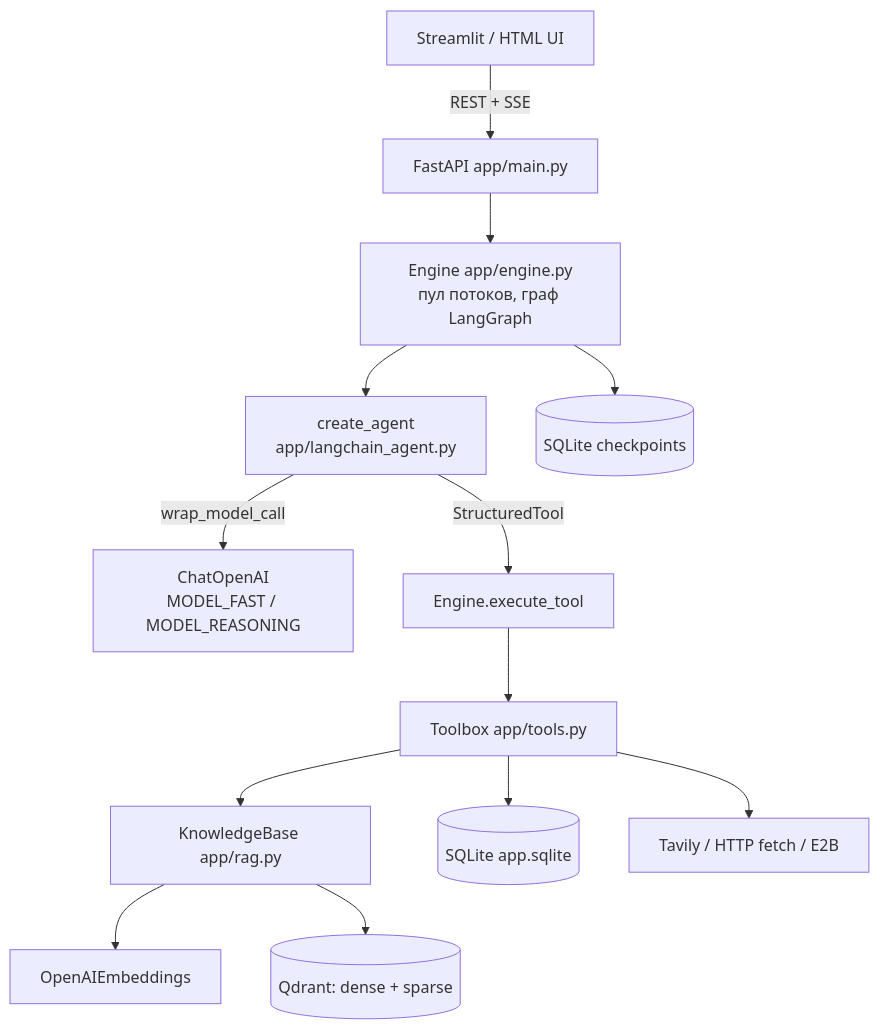
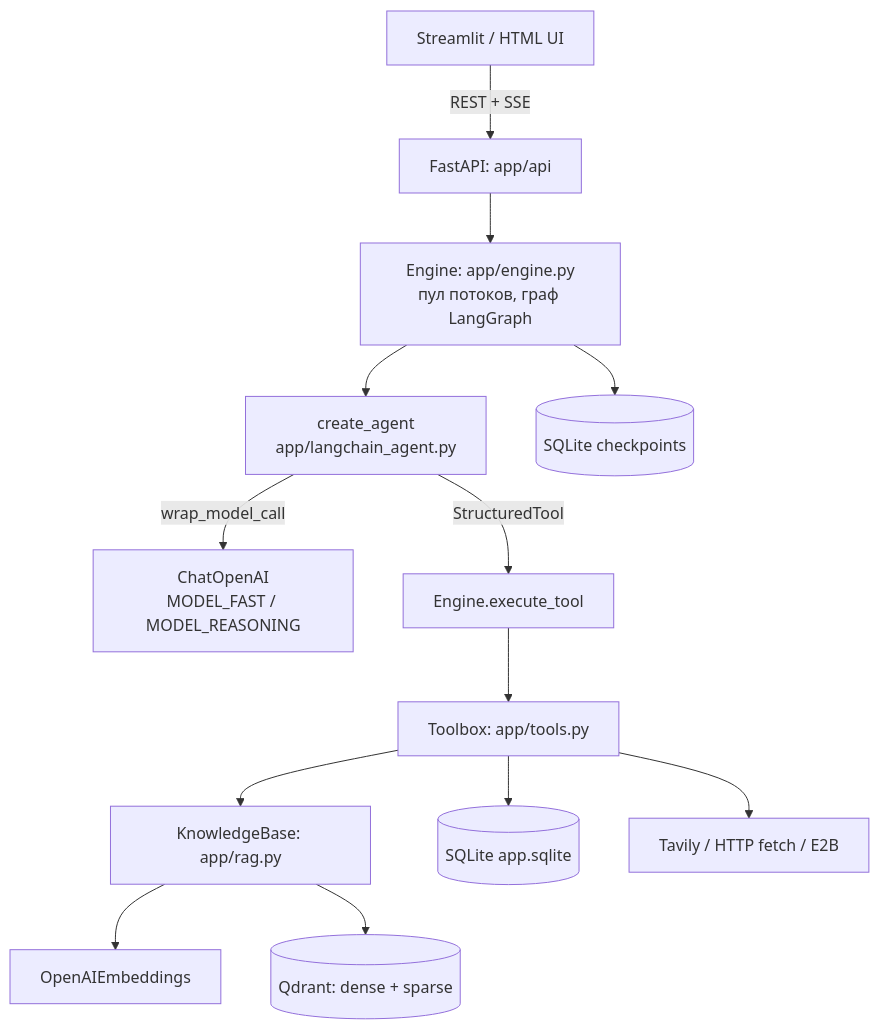
The second of 3 diagrams in spec.md (Marakya/agent_netology), drawn with Mermaid before and after one commit. The commit also changed other lines of this file and 28 other files, not shown here.

````diff
--- a/spec.md
+++ b/spec.md
@@ -19,15 +79,15 @@
 ```mermaid
 flowchart TD
-    UI[Streamlit / HTML UI] -->|REST + SSE| API[FastAPI app/main.py]
-    API --> Engine[Engine app/engine.py<br/>пул потоков, граф LangGraph]
+    UI[Streamlit / HTML UI] -->|REST + SSE| API[FastAPI: app/api]
+    API --> Engine[Engine: app/engine.py<br/>пул потоков, граф LangGraph]
     Engine --> Agent[create_agent<br/>app/langchain_agent.py]
     Agent -->|wrap_model_call| LLM[ChatOpenAI<br/>MODEL_FAST / MODEL_REASONING]
     Agent -->|StructuredTool| Exec[Engine.execute_tool]
-    Exec --> Tools[Toolbox app/tools.py]
-    Tools --> RAG[KnowledgeBase app/rag.py]
+    Exec --> Tools[Toolbox: app/tools.py]
+    Tools --> RAG[KnowledgeBase: app/rag.py]
     RAG --> Emb[OpenAIEmbeddings]
     RAG --> Q[(Qdrant: dense + sparse)]
     Tools --> DB[(SQLite app.sqlite)]
     Tools --> Ext[Tavily / HTTP fetch / E2B]
     Engine --> CP[(SQLite checkpoints)]
 ```
````
